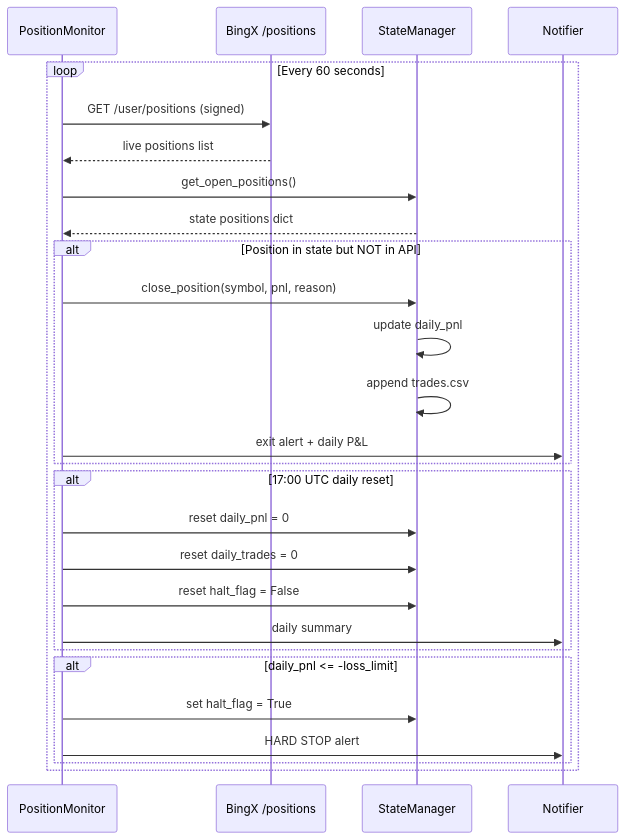
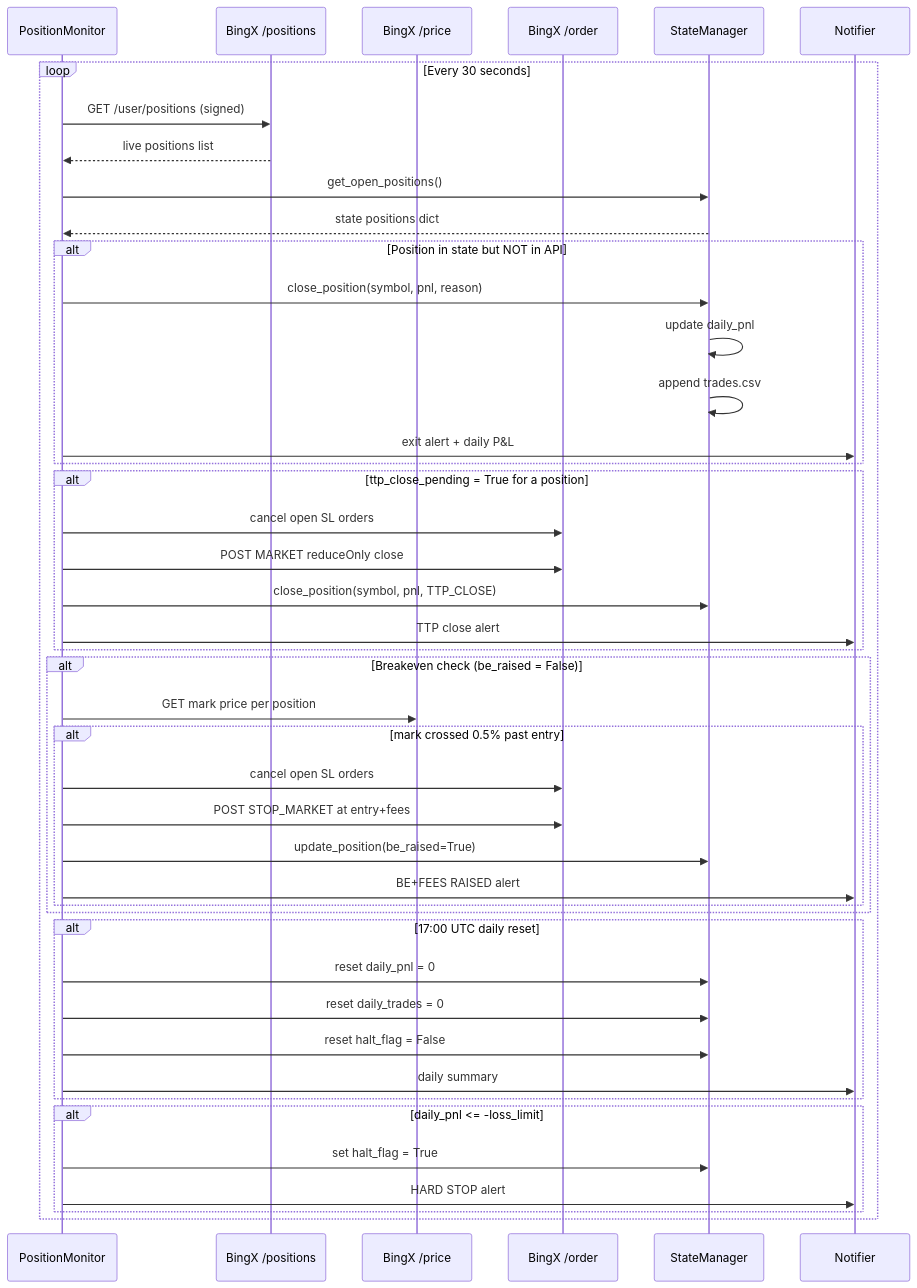
The fourth of 8 diagrams in PROJECTS/four-pillars-backtester/docs/BINGX-CONNECTOR-UML.md (S23Web3/Vault), drawn with Mermaid before and after one commit. The commit also changed other lines of this file and 245 other files, not shown here.

Commit message:
Vault update: BingX v1.5 (time sync, TTP, config tuning), backtester v391, session logs 2026-03-03 to 2026-03-05

````diff
--- a/PROJECTS/four-pillars-backtester/docs/BINGX-CONNECTOR-UML.md
+++ b/PROJECTS/four-pillars-backtester/docs/BINGX-CONNECTOR-UML.md
@@ -172,33 +203,52 @@
 ```mermaid
 sequenceDiagram
     participant MON as PositionMonitor
     participant API_POS as BingX /positions
+    participant API_MARK as BingX /price
+    participant API_ORD as BingX /order
     participant STATE as StateManager
     participant NOTIFY as Notifier
 
-    loop Every 60 seconds
+    loop Every 30 seconds
         MON->>API_POS: GET /user/positions (signed)
         API_POS-->>MON: live positions list
         MON->>STATE: get_open_positions()
         STATE-->>MON: state positions dict
 
         alt Position in state but NOT in API
             MON->>STATE: close_position(symbol, pnl, reason)
             STATE->>STATE: update daily_pnl
             STATE->>STATE: append trades.csv
             MON->>NOTIFY: exit alert + daily P&L
+        end
+
+        alt ttp_close_pending = True for a position
+            MON->>API_ORD: cancel open SL orders
+            MON->>API_ORD: POST MARKET reduceOnly close
+            MON->>STATE: close_position(symbol, pnl, TTP_CLOSE)
+            MON->>NOTIFY: TTP close alert
+        end
+
+        alt Breakeven check (be_raised = False)
+            MON->>API_MARK: GET mark price per position
+            alt mark crossed 0.5% past entry
+                MON->>API_ORD: cancel open SL orders
+                MON->>API_ORD: POST STOP_MARKET at entry+fees
+                MON->>STATE: update_position(be_raised=True)
+                MON->>NOTIFY: BE+FEES RAISED alert
+            end
         end
 
         alt 17:00 UTC daily reset
             MON->>STATE: reset daily_pnl = 0
             MON->>STATE: reset daily_trades = 0
             MON->>STATE: reset halt_flag = False
             MON->>NOTIFY: daily summary
         end
 
         alt daily_pnl <= -loss_limit
             MON->>STATE: set halt_flag = True
             MON->>NOTIFY: HARD STOP alert
         end
     end
 ```
````
